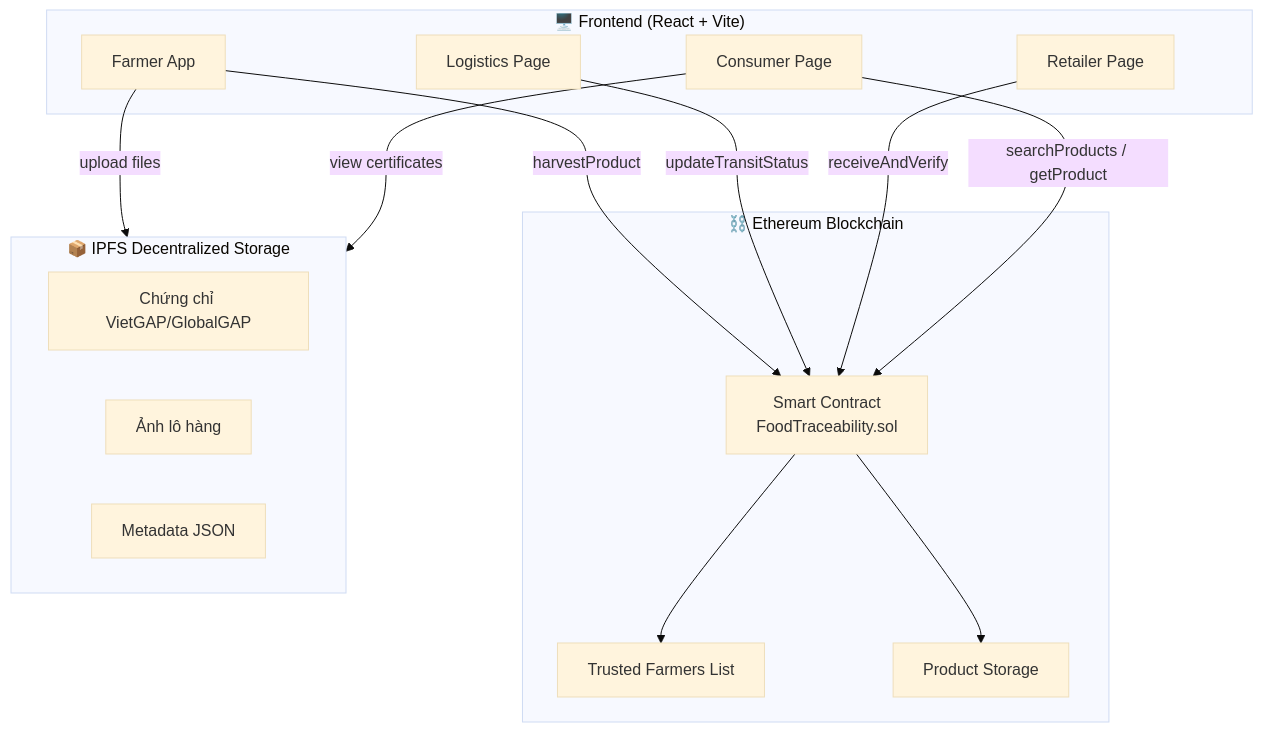
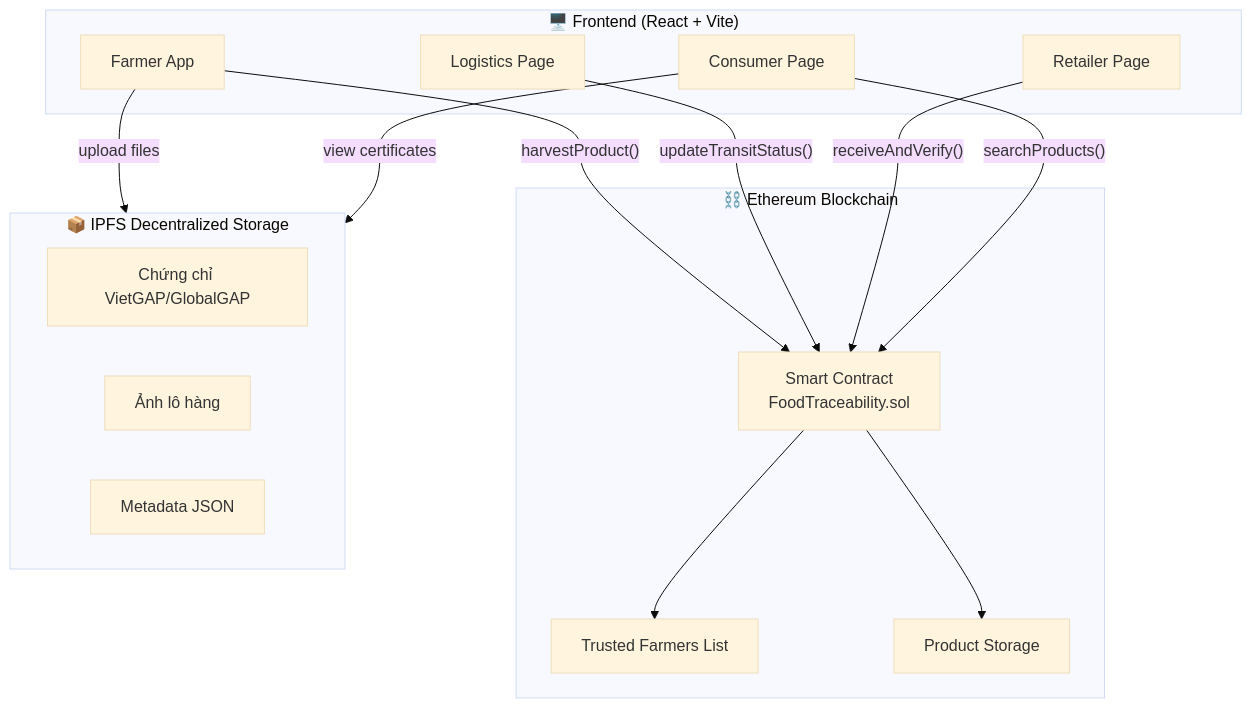
One commit to tiepnvbn/green-farm changed the first of 5 diagrams in diagrams/flowchart.md. Above: the diagram before and after it, drawn with Mermaid (base theme). The commit also changed 1 other file, not shown here.

Commit message:
fix: standardize function notation in flowchart diagrams

````diff
--- a/diagrams/flowchart.md
+++ b/diagrams/flowchart.md
@@ -5,30 +5,30 @@
 ```mermaid
 graph TB
     subgraph Frontend ["🖥️ Frontend (React + Vite)"]
         FA[Farmer App]
         LA[Logistics Page]
         RA[Retailer Page]
         CA[Consumer Page]
     end
 
     subgraph Blockchain ["⛓️ Ethereum Blockchain"]
         SC[Smart Contract<br/>FoodTraceability.sol]
         TF[Trusted Farmers List]
         PS[Product Storage]
     end
 
     subgraph Storage ["📦 IPFS Decentralized Storage"]
         CERT[Chứng chỉ VietGAP/GlobalGAP]
         IMG[Ảnh lô hàng]
         META[Metadata JSON]
     end
 
-    FA -->|harvestProduct| SC
+    FA -->|"harvestProduct()"| SC
     FA -->|upload files| Storage
-    LA -->|updateTransitStatus| SC
-    RA -->|receiveAndVerify| SC
-    CA -->|searchProducts / getProduct| SC
+    LA -->|"updateTransitStatus()"| SC
+    RA -->|"receiveAndVerify()"| SC
+    CA -->|"searchProducts()"| SC
     CA -->|view certificates| Storage
     SC --> TF
     SC --> PS
 ```
````
